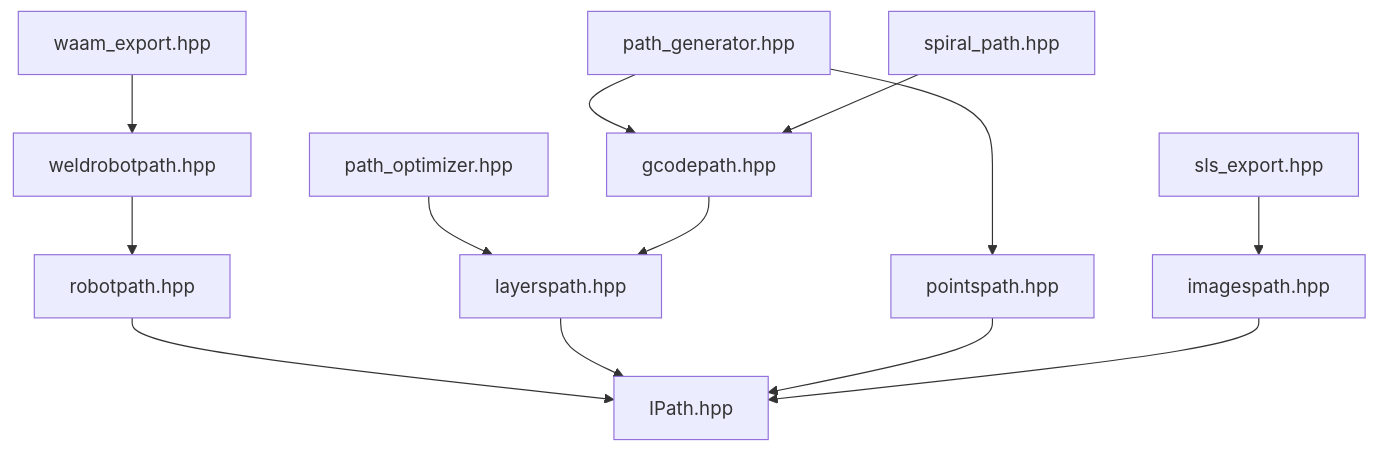
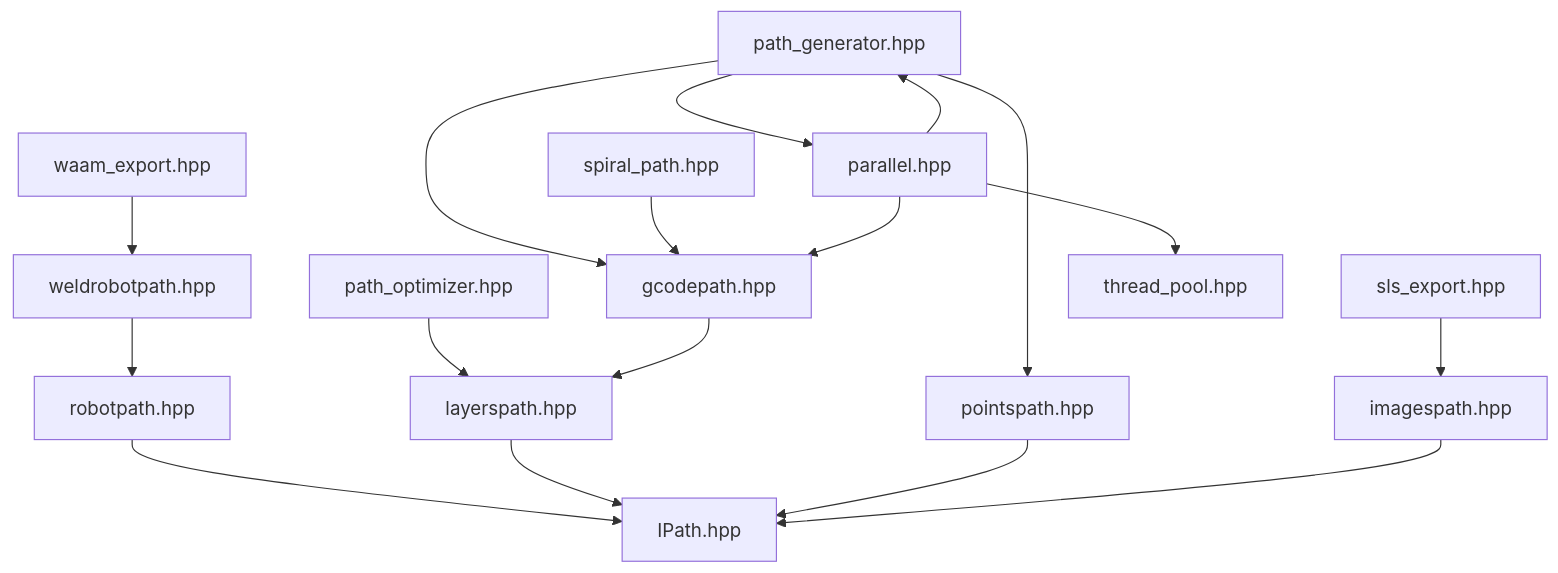
Before and after one commit to hsmbanlance/HsBaSlicer: diagram 13 of 13 in .qoder/repowiki/en/content/Core Modules/Path Generation (paths_, LibHsBaSlicer_Path_)/Path Generation (paths_, LibHsBaSlicer_Path_).md, drawn with Mermaid. The commit also changed other lines of this file and 365 other files, not shown here.

````diff
--- a/.qoder/repowiki/en/content/Core Modules/Path Generation (paths_, LibHsBaSlicer_Path_)/Path Generation (paths_, LibHsBaSlicer_Path_).md
+++ b/.qoder/repowiki/en/content/Core Modules/Path Generation (paths_, LibHsBaSlicer_Path_)/Path Generation (paths_, LibHsBaSlicer_Path_).md
@@ -527,15 +628,19 @@
 ```mermaid
 graph TB
 PG["path_generator.hpp"] --> GP["gcodepath.hpp"]
 PG --> PP["pointspath.hpp"]
+PG --> PH["parallel.hpp"]
 PO["path_optimizer.hpp"] --> LP["layerspath.hpp"]
 SP["spiral_path.hpp"] --> GP
 WAE["waam_export.hpp"] --> WRP["weldrobotpath.hpp"]
 SLSE["sls_export.hpp"] --> IMP["imagespath.hpp"]
 GP --> LP
 WRP --> RP["robotpath.hpp"]
 RP --> IP["IPath.hpp"]
 LP --> IP
 PP --> IP
 IMP --> IP
+PH --> TPH["thread_pool.hpp"]
+PH --> PG
+PH --> GP
 ```
````
